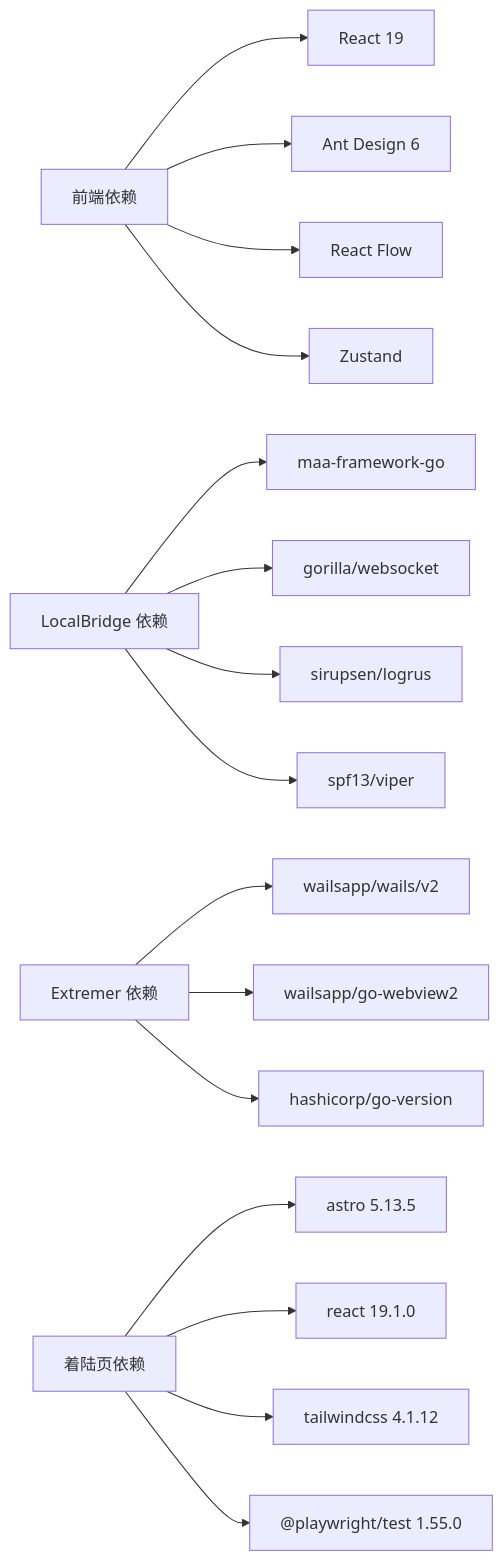
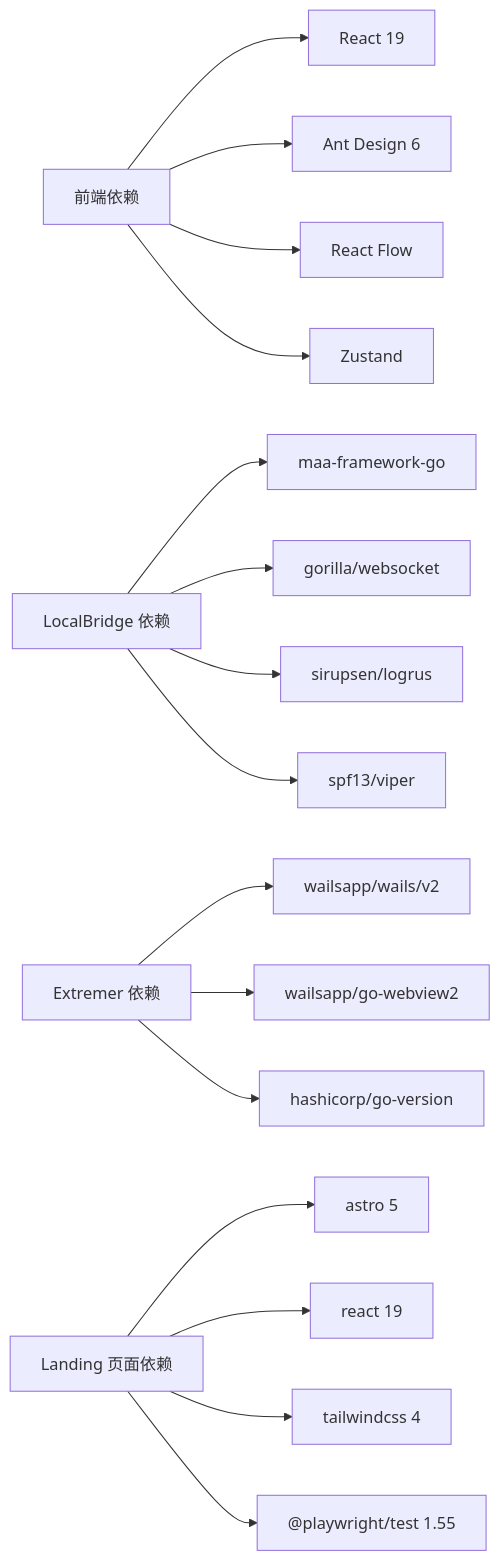
One commit to kqcoxn/MaaPipelineEditor changed the sixth of 6 diagrams in .qoder/repowiki/zh/content/开发者指南/开发者指南.md. Above: the diagram before and after it, drawn with Mermaid. The commit also changed other lines of this file and 50 other files, not shown here.

````diff
--- a/.qoder/repowiki/zh/content/开发者指南/开发者指南.md
+++ b/.qoder/repowiki/zh/content/开发者指南/开发者指南.md
@@ -526,18 +459,18 @@
 ```mermaid
 graph LR
 FE["前端依赖"] --> React["React 19"]
 FE --> Antd["Ant Design 6"]
 FE --> Flow["React Flow"]
 FE --> Zustand["Zustand"]
 LB["LocalBridge 依赖"] --> MFW["maa-framework-go"]
 LB --> WS["gorilla/websocket"]
 LB --> Logrus["sirupsen/logrus"]
 LB --> Viper["spf13/viper"]
 EX["Extremer 依赖"] --> Wails["wailsapp/wails/v2"]
 EX --> WebView2["wailsapp/go-webview2"]
 EX --> Ver["hashicorp/go-version"]
-Landing["着陆页依赖"] --> Astro["astro 5.13.5"]
-Landing --> React19["react 19.1.0"]
-Landing --> Tailwind["tailwindcss 4.1.12"]
-Landing --> Playwright["@playwright/test 1.55.0"]
+Landing["Landing 页面依赖"] --> Astro["astro 5"]
+Landing --> React19["react 19"]
+Landing --> Tailwind["tailwindcss 4"]
+Landing --> PW["@playwright/test 1.55"]
 ```
````
